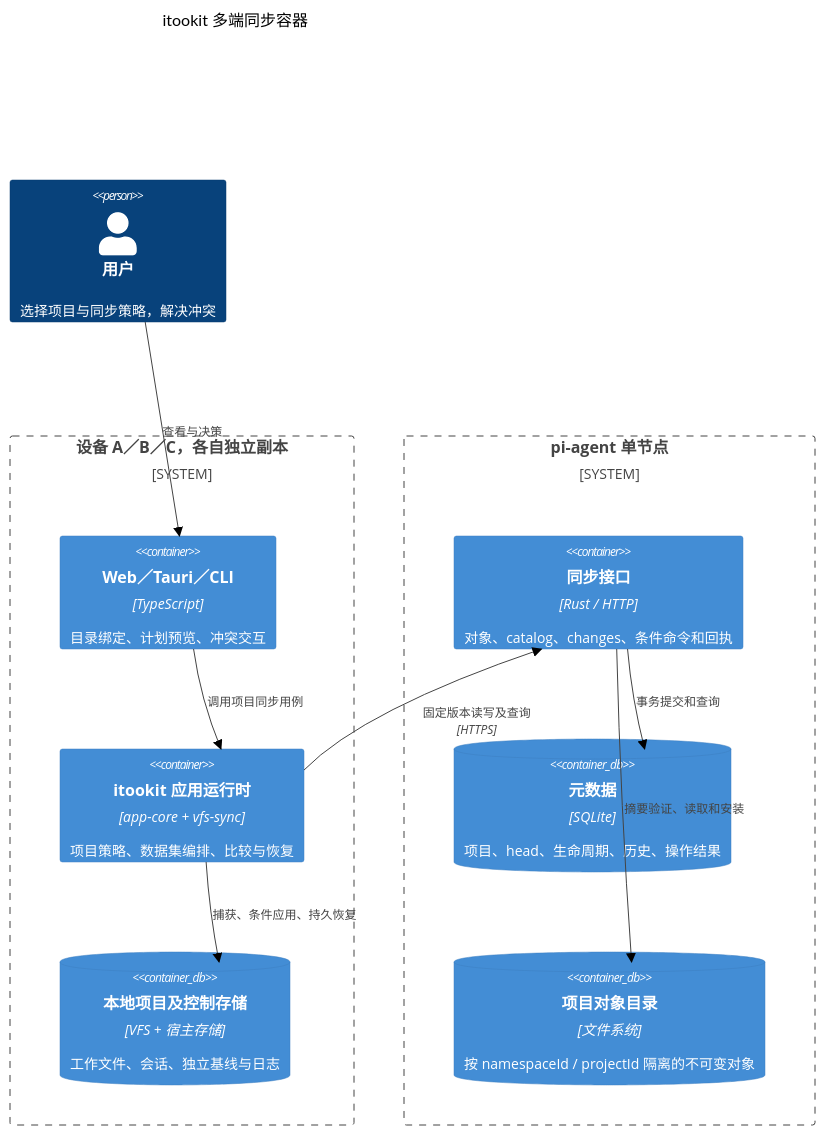
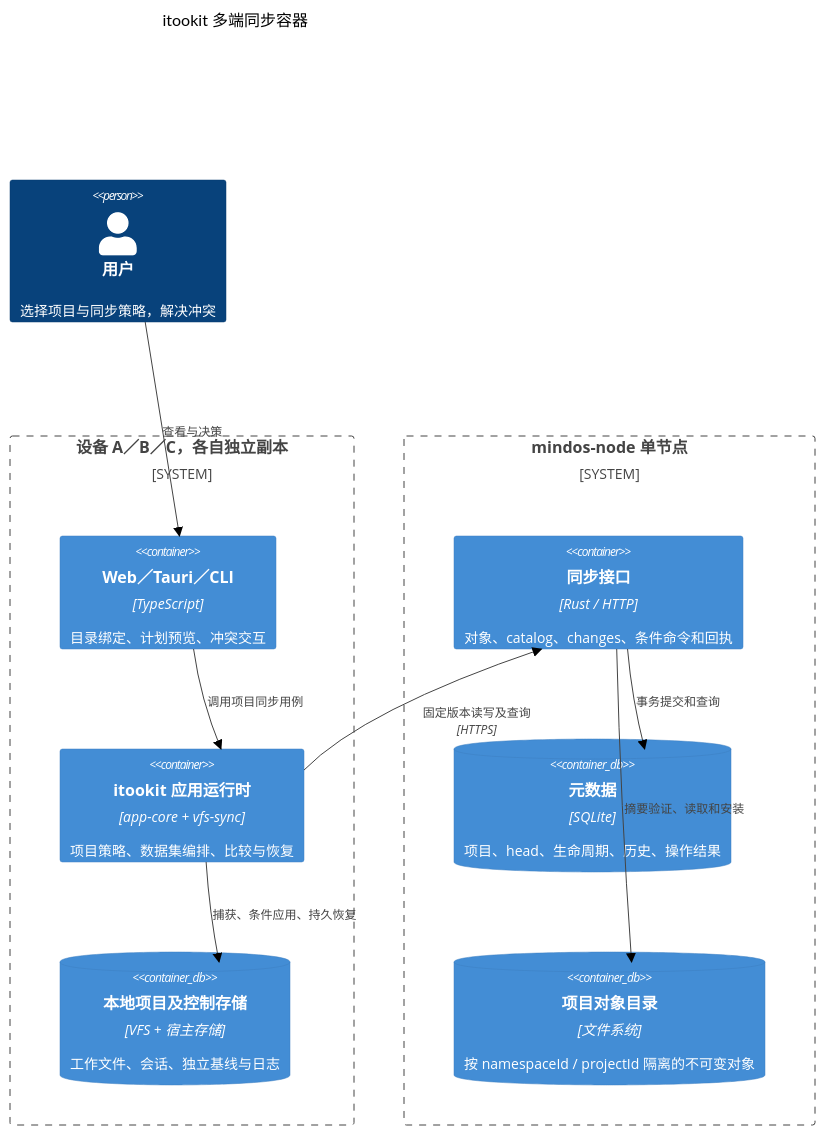
One commit to mushuanli/NestOS changed the second of 6 diagrams in doc/design/project-sync.md. Above: the diagram before and after it, drawn with Mermaid (forest theme). The commit also changed other lines of this file and 113 other files, not shown here.

Commit message:
refactor(mindos-node): migrate service and client naming across workspaces

````diff
--- a/doc/design/project-sync.md
+++ b/doc/design/project-sync.md
@@ -900,21 +900,21 @@
 ```mermaid
 C4Container
     title itookit 多端同步容器
     Person(user, "用户", "选择项目与同步策略，解决冲突")
     System_Boundary(device, "设备 A／B／C，各自独立副本") {
         Container(ui, "Web／Tauri／CLI", "TypeScript", "目录绑定、计划预览、冲突交互")
         Container(app, "itookit 应用运行时", "app-core + vfs-sync", "项目策略、数据集编排、比较与恢复")
         ContainerDb(local, "本地项目及控制存储", "VFS + 宿主存储", "工作文件、会话、独立基线与日志")
     }
-    System_Boundary(server, "pi-agent 单节点") {
+    System_Boundary(server, "mindos-node 单节点") {
         Container(api, "同步接口", "Rust / HTTP", "对象、catalog、changes、条件命令和回执")
         ContainerDb(metadata, "元数据", "SQLite", "项目、head、生命周期、历史、操作结果")
         ContainerDb(objects, "项目对象目录", "文件系统", "按 namespaceId / projectId 隔离的不可变对象")
     }
     Rel(user, ui, "查看与决策")
     Rel(ui, app, "调用项目同步用例")
     Rel(app, local, "捕获、条件应用、持久恢复")
     Rel(app, api, "固定版本读写及查询", "HTTPS")
     Rel(api, metadata, "事务提交和查询")
     Rel(api, objects, "摘要验证、读取和安装")
 ```
````
